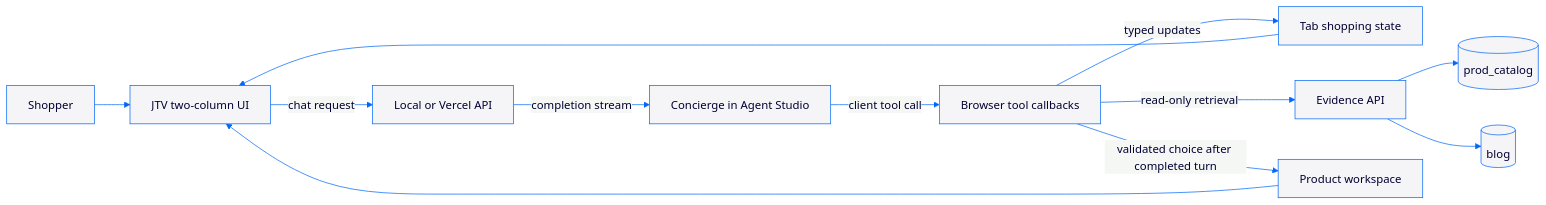
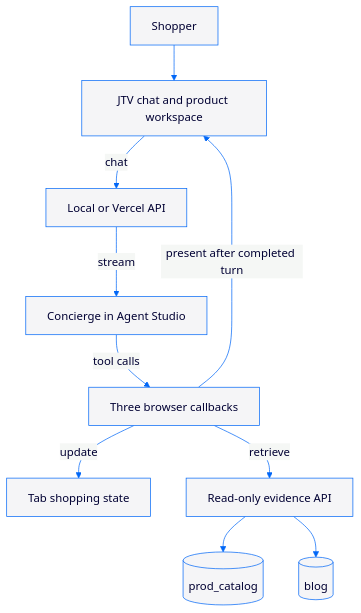
The diagram in README.md (ArijitChowdhury-Algolia/jewellerytv), drawn with Mermaid before and after one commit. The commit also changed other lines of this file, not shown here.

Commit message:
docs: make concierge workflow readable

````diff
--- a/README.md
+++ b/README.md
@@ -12,15 +13,13 @@
 ```mermaid
 %%{init: {"theme":"base","themeVariables":{"primaryColor":"#F5F5F7","primaryTextColor":"#000033","primaryBorderColor":"#0067F7","lineColor":"#0067F7","fontFamily":"Sora"}}}%%
-flowchart LR
-  shopper[Shopper] --> ui[JTV two-column UI]
-  ui -->|chat request| api[Local or Vercel API]
-  api -->|completion stream| agent[Concierge in Agent Studio]
-  agent -->|client tool call| callbacks[Browser tool callbacks]
-  callbacks -->|typed updates| state[Tab shopping state]
-  callbacks -->|read-only retrieval| evidence[Evidence API]
+flowchart TB
+  shopper[Shopper] --> ui[JTV chat and product workspace]
+  ui -->|chat| api[Local or Vercel API]
+  api -->|stream| agent[Concierge in Agent Studio]
+  agent -->|tool calls| callbacks[Three browser callbacks]
+  callbacks -->|update| state[Tab shopping state]
+  callbacks -->|retrieve| evidence[Read-only evidence API]
   evidence --> products[(prod_catalog)]
   evidence --> guidance[(blog)]
-  callbacks -->|validated choice after completed turn| workspace[Product workspace]
-  state --> ui
-  workspace --> ui
+  callbacks -->|present after completed turn| ui
 ```
````
